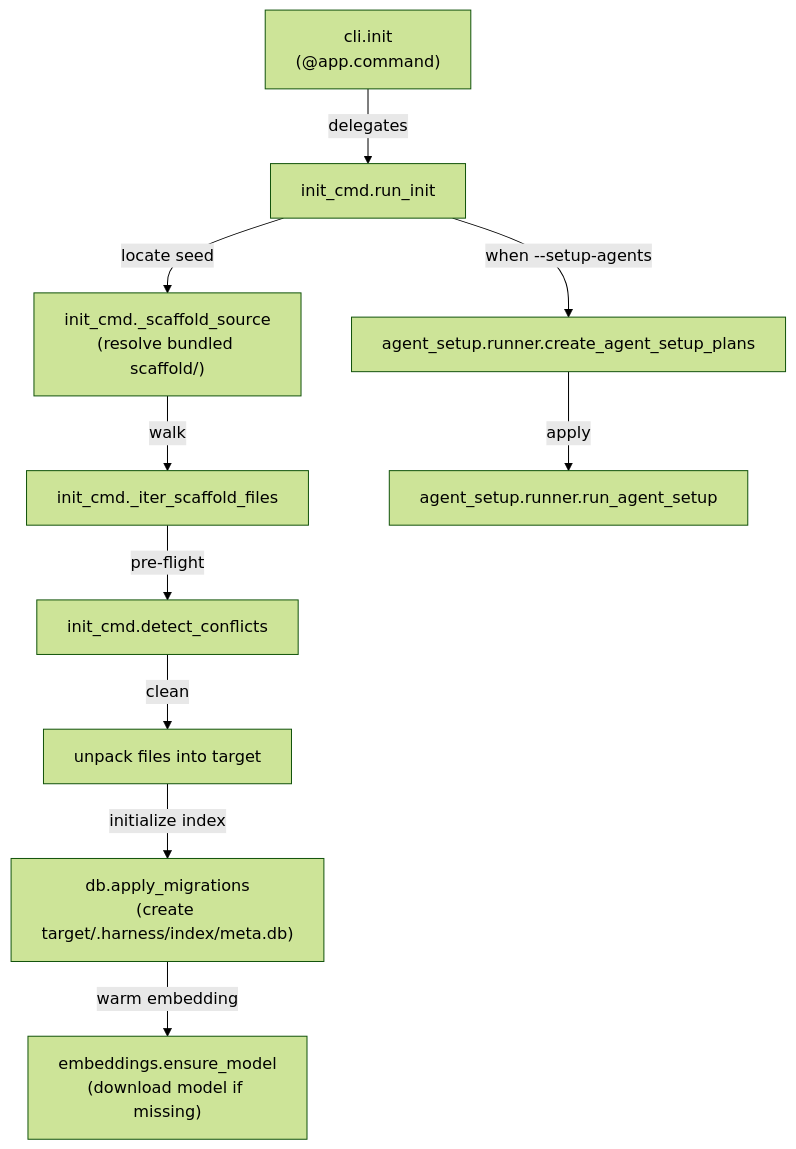
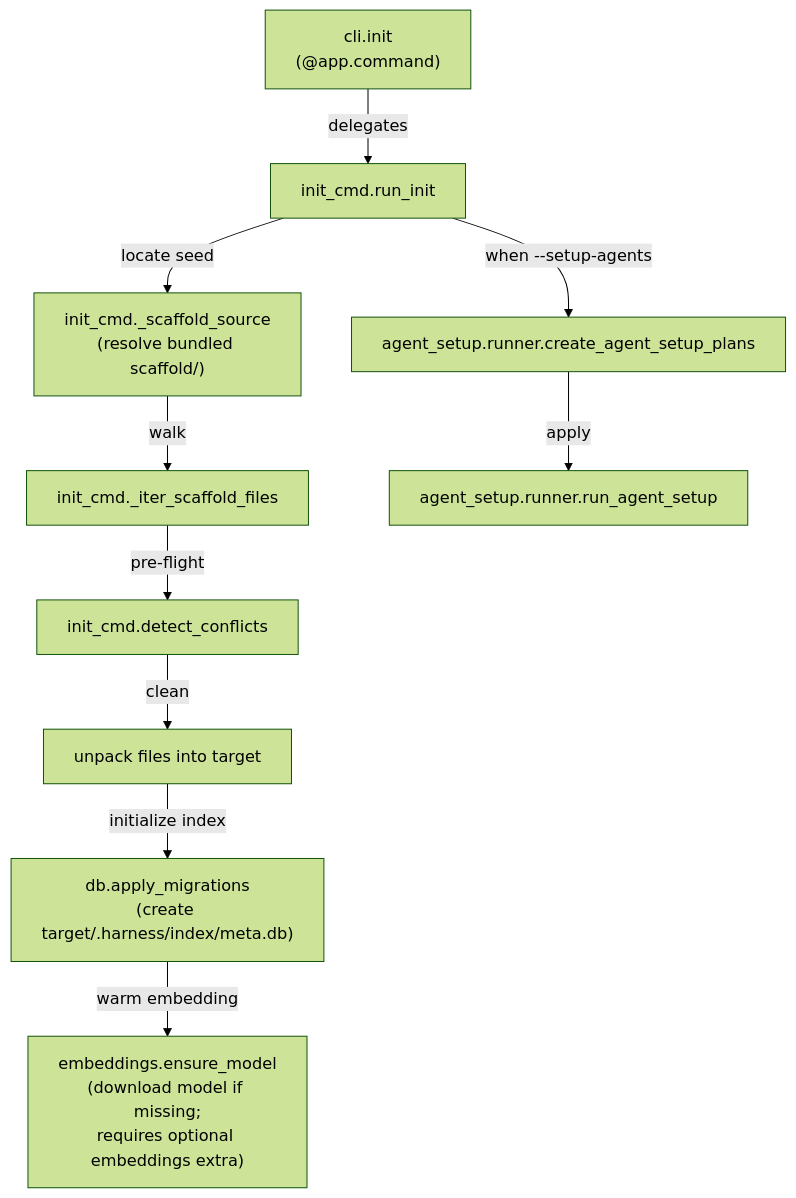
One commit to paranmir/harness-kit changed the fifth of 7 diagrams in docs/references/project-overview.md. Above: the diagram before and after it, drawn with Mermaid (forest theme). The commit also changed other lines of this file, not shown here.

````diff
--- a/docs/references/project-overview.md
+++ b/docs/references/project-overview.md
@@ -245,23 +249,23 @@
 ```mermaid
 graph TD
   entry["cli.init<br/>(@app.command)"]
   run_init["init_cmd.run_init"]
   scaffold_src["init_cmd._scaffold_source<br/>(resolve bundled scaffold/)"]
   iter_files["init_cmd._iter_scaffold_files"]
   conflicts["init_cmd.detect_conflicts"]
   copy_step["unpack files into target"]
   migrate["db.apply_migrations<br/>(create target/.harness/index/meta.db)"]
-  embed_ready["embeddings.ensure_model<br/>(download model if missing)"]
+  embed_ready["embeddings.ensure_model<br/>(download model if missing;<br/>requires optional embeddings extra)"]
   agents_plan["agent_setup.runner.create_agent_setup_plans"]
   agents_apply["agent_setup.runner.run_agent_setup"]
 
   entry -->|delegates| run_init
   run_init -->|locate seed| scaffold_src
   scaffold_src -->|walk| iter_files
   iter_files -->|pre-flight| conflicts
   conflicts -->|clean| copy_step
   copy_step -->|initialize index| migrate
   migrate -->|warm embedding| embed_ready
   run_init -->|when --setup-agents| agents_plan
   agents_plan -->|apply| agents_apply
 ```
````
